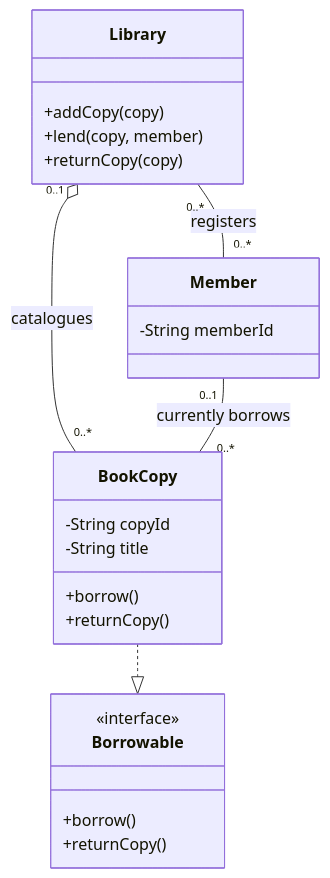
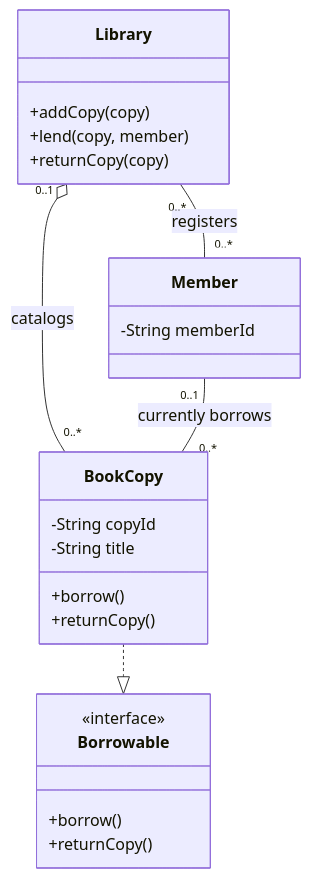
One commit to CVamsi27/software-developer-bible changed the third of 6 diagrams in 30-architecture/30.1-design-patterns/01-foundations/30.1.1.04-uml-basics.md. Above: the diagram before and after it, drawn with Mermaid. The commit also changed other lines of this file and 57 other files, not shown here.

Commit message:
docs(architecture): genuine file-by-file C1-C8 refinement across 30.1-design-patterns

````diff
--- a/30-architecture/30.1-design-patterns/01-foundations/30.1.1.04-uml-basics.md
+++ b/30-architecture/30.1-design-patterns/01-foundations/30.1.1.04-uml-basics.md
@@ -77,26 +77,26 @@
 ```mermaid
 classDiagram
   class Library {
     +addCopy(copy)
     +lend(copy, member)
     +returnCopy(copy)
   }
   class BookCopy {
     -String copyId
     -String title
     +borrow()
     +returnCopy()
   }
   class Member {
     -String memberId
   }
   class Borrowable {
     <<interface>>
     +borrow()
     +returnCopy()
   }
-  Library "0..1" o-- "0..*" BookCopy : catalogues
+  Library "0..1" o-- "0..*" BookCopy : catalogs
   Library "0..*" -- "0..*" Member : registers
   BookCopy ..|> Borrowable
   Member "0..1" -- "0..*" BookCopy : currently borrows
 ```
````
